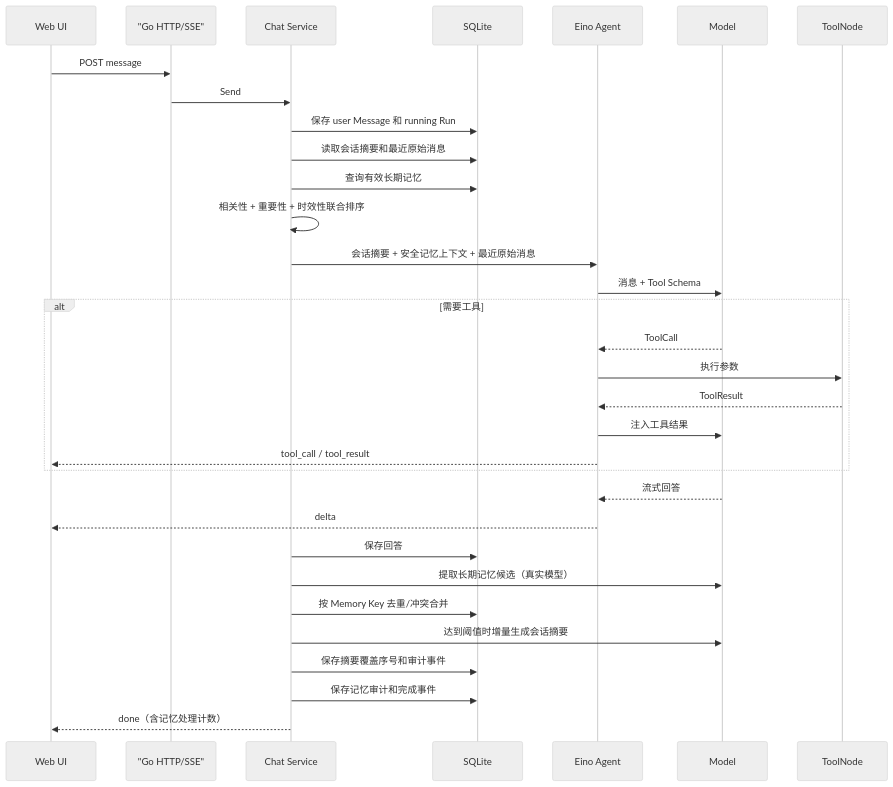
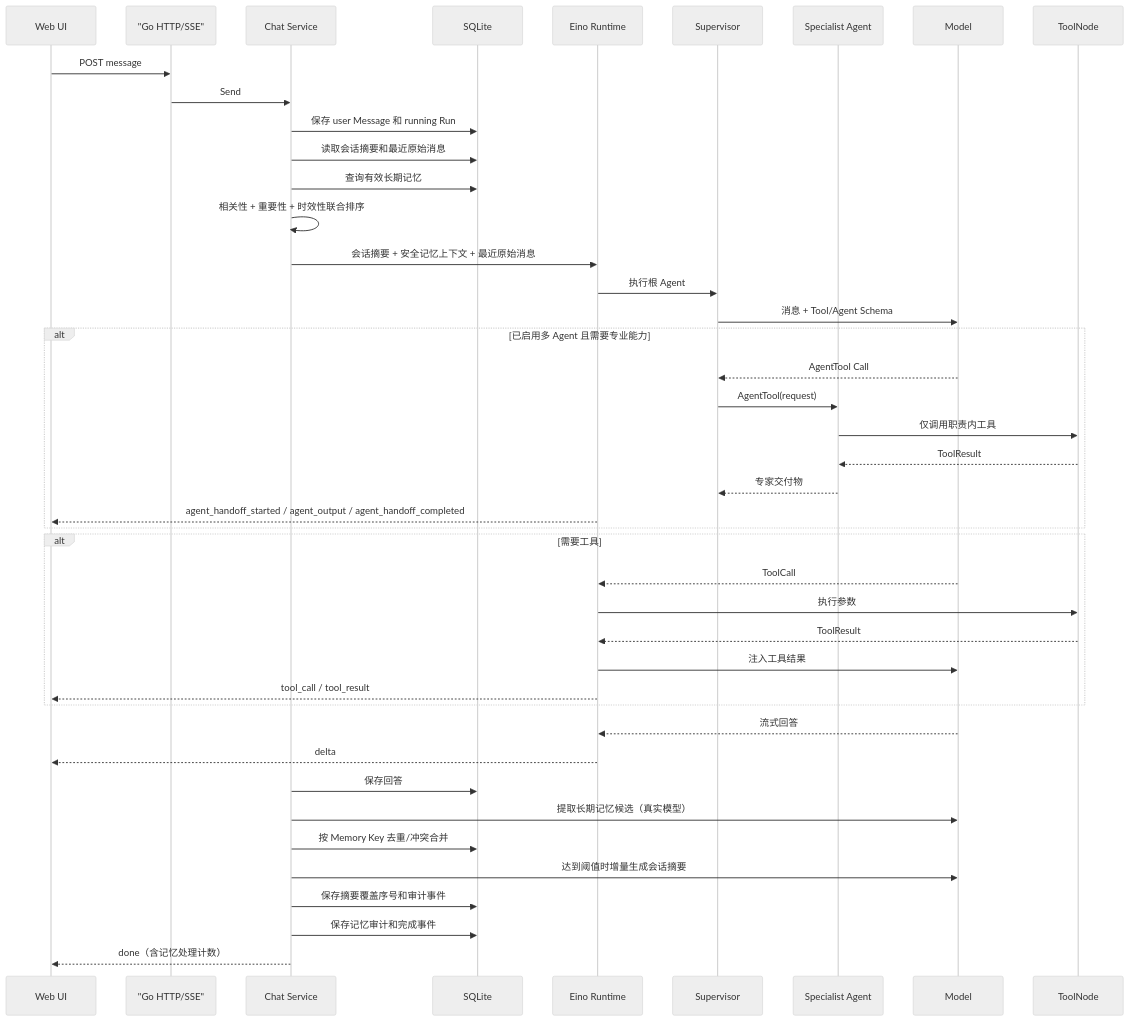
One commit to zora-DD/zora changed the diagram in README.md. Above: the diagram before and after it, drawn with Mermaid (neutral theme). The commit also changed other lines of this file and 25 other files, not shown here.

````diff
--- a/README.md
+++ b/README.md
@@ -244,35 +272,46 @@
 ```mermaid
 sequenceDiagram
     participant UI as Web UI
     participant API as "Go HTTP/SSE"
     participant Service as Chat Service
     participant DB as SQLite
-    participant ADK as Eino Agent
+    participant ADK as Eino Runtime
+    participant Supervisor as Supervisor
+    participant Specialist as Specialist Agent
     participant LLM as Model
     participant Tool as ToolNode
 
     UI->>API: POST message
     API->>Service: Send
     Service->>DB: 保存 user Message 和 running Run
     Service->>DB: 读取会话摘要和最近原始消息
     Service->>DB: 查询有效长期记忆
     Service->>Service: 相关性 + 重要性 + 时效性联合排序
     Service->>ADK: 会话摘要 + 安全记忆上下文 + 最近原始消息
-    ADK->>LLM: 消息 + Tool Schema
+    ADK->>Supervisor: 执行根 Agent
+    Supervisor->>LLM: 消息 + Tool/Agent Schema
+    alt 已启用多 Agent 且需要专业能力
+        LLM-->>Supervisor: AgentTool Call
+        Supervisor->>Specialist: AgentTool(request)
+        Specialist->>Tool: 仅调用职责内工具
+        Tool-->>Specialist: ToolResult
+        Specialist-->>Supervisor: 专家交付物
+        ADK-->>UI: agent_handoff_started / agent_output / agent_handoff_completed
+    end
     alt 需要工具
         LLM-->>ADK: ToolCall
         ADK->>Tool: 执行参数
         Tool-->>ADK: ToolResult
         ADK->>LLM: 注入工具结果
         ADK-->>UI: tool_call / tool_result
     end
     LLM-->>ADK: 流式回答
     ADK-->>UI: delta
     Service->>DB: 保存回答
     Service->>LLM: 提取长期记忆候选（真实模型）
     Service->>DB: 按 Memory Key 去重/冲突合并
     Service->>LLM: 达到阈值时增量生成会话摘要
     Service->>DB: 保存摘要覆盖序号和审计事件
     Service->>DB: 保存记忆审计和完成事件
     Service-->>UI: done（含记忆处理计数）
 ```
````
